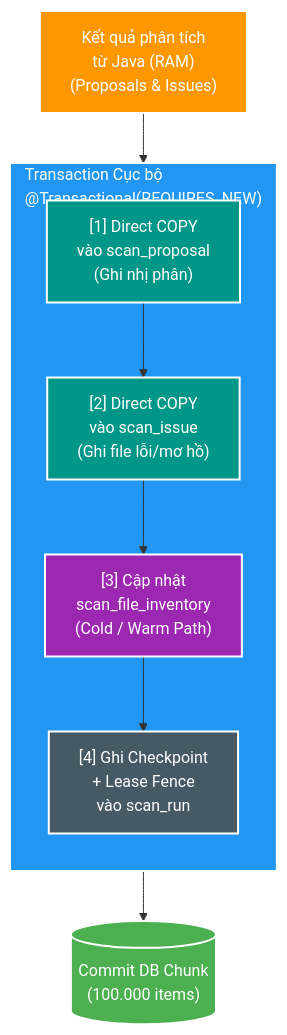
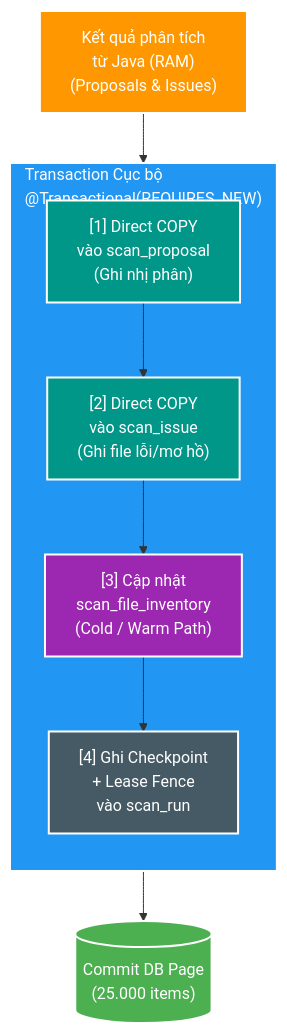
Before and after one commit to HungPhan200591/file-mngt-be-v2: the fifth of 6 diagrams in manual/learning/use-cases/scale-capacity/sc-01-scan-one-million-filesystem-entry/references/deep-dive-scan-preview-pipeline-under-30s.md, drawn with Mermaid. The commit also changed other lines of this file and 10 other files, not shown here.

````diff
--- a/manual/learning/use-cases/scale-capacity/sc-01-scan-one-million-filesystem-entry/references/deep-dive-scan-preview-pipeline-under-30s.md
+++ b/manual/learning/use-cases/scale-capacity/sc-01-scan-one-million-filesystem-entry/references/deep-dive-scan-preview-pipeline-under-30s.md
@@ -333,25 +333,25 @@
 ```mermaid
 flowchart TD
     ANALYZE["Kết quả phân tích<br/>từ Java (RAM)<br/>(Proposals &amp; Issues)"]
     
     subgraph TX["Transaction Cục bộ<br/>@Transactional(REQUIRES_NEW)"]
         direction TB
         C1["[1] Direct COPY<br/>vào scan_proposal<br/>(Ghi nhị phân)"]
         C2["[2] Direct COPY<br/>vào scan_issue<br/>(Ghi file lỗi/mơ hồ)"]
         C3["[3] Cập nhật<br/>scan_file_inventory<br/>(Cold / Warm Path)"]
         C4["[4] Ghi Checkpoint<br/>+ Lease Fence<br/>vào scan_run"]
         
         C1 --> C2 --> C3 --> C4
     end
 
     ANALYZE --> TX
-    TX --> COMMIT[("Commit DB Chunk<br/>(100.000 items)")]
+    TX --> COMMIT[("Commit DB Page<br/>(25.000 items)")]
 
     style ANALYZE fill:#FF9800,stroke:#fff,stroke-width:2px,color:#fff
     style TX fill:#2196F3,stroke:#fff,stroke-width:2px,color:#fff
     style C1 fill:#009688,stroke:#fff,stroke-width:2px,color:#fff
     style C2 fill:#009688,stroke:#fff,stroke-width:2px,color:#fff
     style C3 fill:#9C27B0,stroke:#fff,stroke-width:2px,color:#fff
     style C4 fill:#455A64,stroke:#fff,stroke-width:2px,color:#fff
     style COMMIT fill:#4CAF50,stroke:#fff,stroke-width:2px,color:#fff
 ```
````
